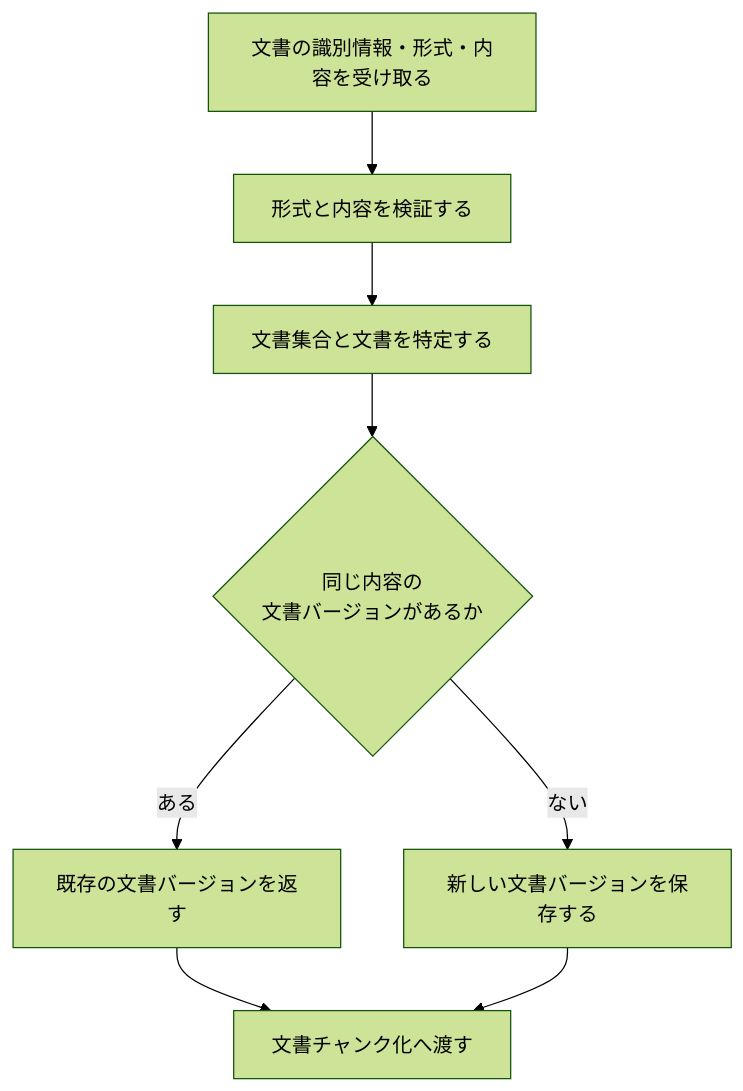
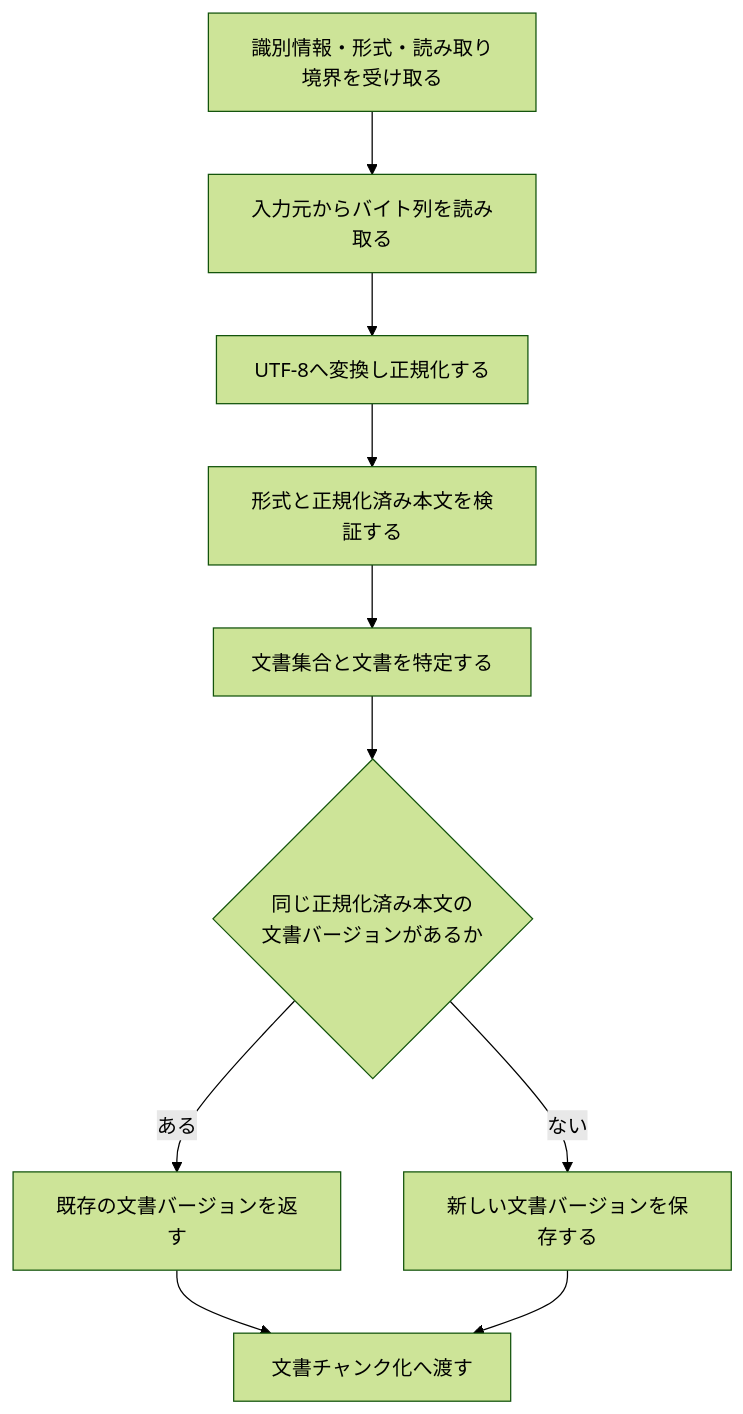
One commit to takashit16833/RAGScope changed the diagram in project-docs/design/domains/documents/文書取り込み設計.md. Above: the diagram before and after it, drawn with Mermaid (forest theme). The commit also changed other lines of this file and 6 other files, not shown here.

````diff
--- a/project-docs/design/domains/documents/文書取り込み設計.md
+++ b/project-docs/design/domains/documents/文書取り込み設計.md
@@ -39,14 +39,16 @@
 ```mermaid
 flowchart TD
-    Receive["文書の識別情報・形式・内容を受け取る"]
-    Validate["形式と内容を検証する"]
+    Receive["識別情報・形式・読み取り境界を受け取る"]
+    Read["入力元からバイト列を読み取る"]
+    Normalize["UTF-8へ変換し正規化する"]
+    Validate["形式と正規化済み本文を検証する"]
     Identify["文書集合と文書を特定する"]
-    Compare{"同じ内容の<br>文書バージョンがあるか"}
+    Compare{"同じ正規化済み本文の<br>文書バージョンがあるか"}
     Reuse["既存の文書バージョンを返す"]
     Create["新しい文書バージョンを保存する"]
     Handoff["文書チャンク化へ渡す"]
 
-    Receive --> Validate --> Identify --> Compare
+    Receive --> Read --> Normalize --> Validate --> Identify --> Compare
     Compare -->|ある| Reuse --> Handoff
     Compare -->|ない| Create --> Handoff
 ```
````
